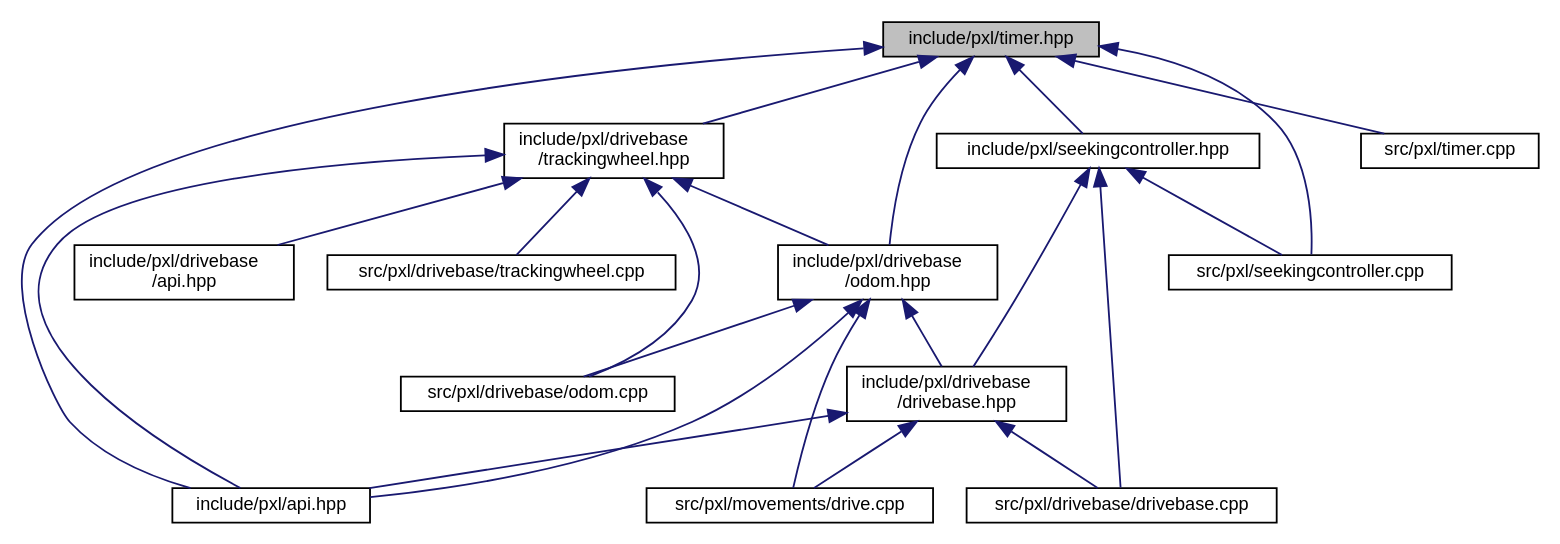
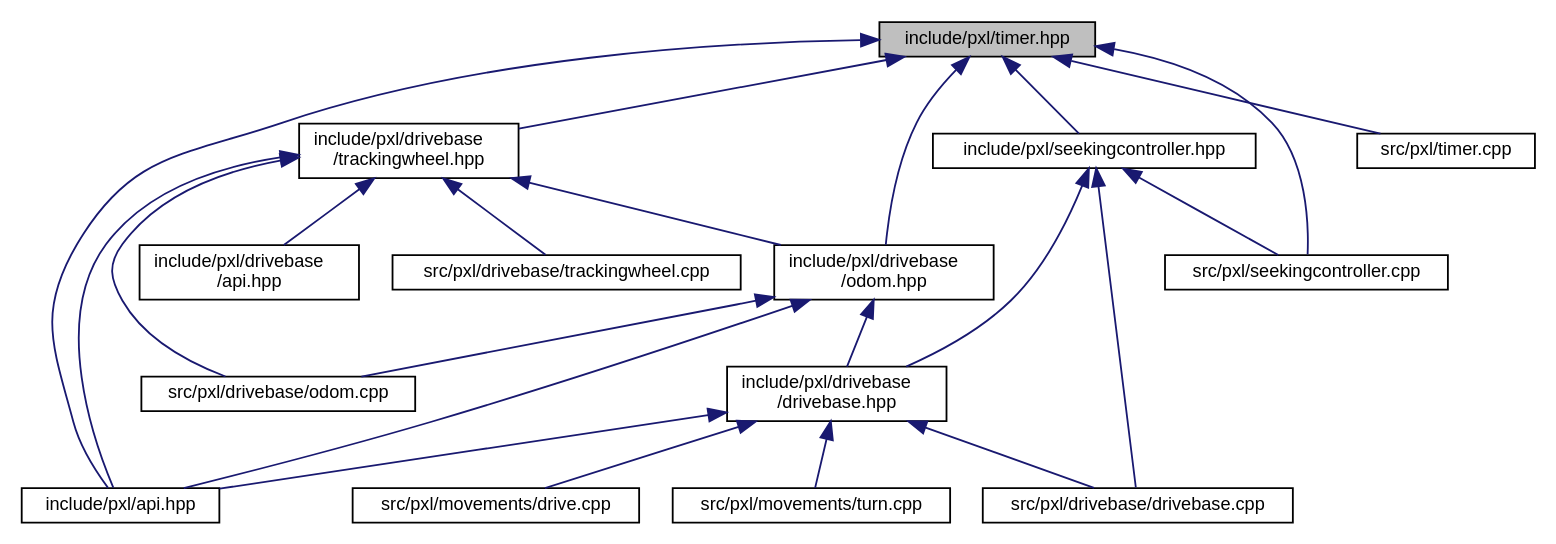
Before and after one commit to Pixel-Lib/Pixel: the diagram in timer_8hpp__dep__incl.dot, drawn with Graphviz. The commit also changed 232 other files, not shown here.

```diff
--- a/timer_8hpp__dep__incl.dot
+++ b/timer_8hpp__dep__incl.dot
@@ -1,40 +1,41 @@
 digraph "include/pxl/timer.hpp"
 {
  // LATEX_PDF_SIZE
   edge [fontname="Helvetica",fontsize="10",labelfontname="Helvetica",labelfontsize="10"];
   node [fontname="Helvetica",fontsize="10",shape=record];
   Node1 [label="include/pxl/timer.hpp",height=0.2,width=0.4,color="black", fillcolor="grey75", style="filled", fontcolor="black",tooltip=" "];
   Node1 -> Node2 [dir="back",color="midnightblue",fontsize="10",style="solid",fontname="Helvetica"];
   Node2 [label="include/pxl/api.hpp",height=0.2,width=0.4,color="black", fillcolor="white", style="filled",URL="$api_8hpp.html",tooltip=" "];
   Node1 -> Node3 [dir="back",color="midnightblue",fontsize="10",style="solid",fontname="Helvetica"];
   Node3 [label="include/pxl/drivebase\l/odom.hpp",height=0.2,width=0.4,color="black", fillcolor="white", style="filled",URL="$odom_8hpp.html",tooltip=" "];
   Node3 -> Node2 [dir="back",color="midnightblue",fontsize="10",style="solid",fontname="Helvetica"];
   Node3 -> Node4 [dir="back",color="midnightblue",fontsize="10",style="solid",fontname="Helvetica"];
   Node4 [label="include/pxl/drivebase\l/drivebase.hpp",height=0.2,width=0.4,color="black", fillcolor="white", style="filled",URL="$drivebase_8hpp.html",tooltip=" "];
   Node4 -> Node2 [dir="back",color="midnightblue",fontsize="10",style="solid",fontname="Helvetica"];
   Node4 -> Node5 [dir="back",color="midnightblue",fontsize="10",style="solid",fontname="Helvetica"];
   Node5 [label="src/pxl/drivebase/drivebase.cpp",height=0.2,width=0.4,color="black", fillcolor="white", style="filled",URL="$drivebase_8cpp.html",tooltip=" "];
   Node4 -> Node6 [dir="back",color="midnightblue",fontsize="10",style="solid",fontname="Helvetica"];
   Node6 [label="src/pxl/movements/drive.cpp",height=0.2,width=0.4,color="black", fillcolor="white", style="filled",URL="$drive_8cpp.html",tooltip=" "];
-  Node3 -> Node7 [dir="back",color="midnightblue",fontsize="10",style="solid",fontname="Helvetica"];
-  Node7 [label="src/pxl/drivebase/odom.cpp",height=0.2,width=0.4,color="black", fillcolor="white", style="filled",URL="$odom_8cpp.html",tooltip=" "];
-  Node3 -> Node6 [dir="back",color="midnightblue",fontsize="10",style="solid",fontname="Helvetica"];
-  Node1 -> Node8 [dir="back",color="midnightblue",fontsize="10",style="solid",fontname="Helvetica"];
-  Node8 [label="include/pxl/drivebase\l/trackingwheel.hpp",height=0.2,width=0.4,color="black", fillcolor="white", style="filled",URL="$trackingwheel_8hpp.html",tooltip=" "];
-  Node8 -> Node2 [dir="back",color="midnightblue",fontsize="10",style="solid",fontname="Helvetica"];
-  Node8 -> Node9 [dir="back",color="midnightblue",fontsize="10",style="solid",fontname="Helvetica"];
-  Node9 [label="include/pxl/drivebase\l/api.hpp",height=0.2,width=0.4,color="black", fillcolor="white", style="filled",URL="$drivebase_2api_8hpp.html",tooltip=" "];
-  Node8 -> Node3 [dir="back",color="midnightblue",fontsize="10",style="solid",fontname="Helvetica"];
-  Node8 -> Node7 [dir="back",color="midnightblue",fontsize="10",style="solid",fontname="Helvetica"];
-  Node8 -> Node10 [dir="back",color="midnightblue",fontsize="10",style="solid",fontname="Helvetica"];
-  Node10 [label="src/pxl/drivebase/trackingwheel.cpp",height=0.2,width=0.4,color="black", fillcolor="white", style="filled",URL="$trackingwheel_8cpp.html",tooltip=" "];
-  Node1 -> Node11 [dir="back",color="midnightblue",fontsize="10",style="solid",fontname="Helvetica"];
-  Node11 [label="include/pxl/seekingcontroller.hpp",height=0.2,width=0.4,color="black", fillcolor="white", style="filled",URL="$seekingcontroller_8hpp.html",tooltip=" "];
-  Node11 -> Node4 [dir="back",color="midnightblue",fontsize="10",style="solid",fontname="Helvetica"];
-  Node11 -> Node5 [dir="back",color="midnightblue",fontsize="10",style="solid",fontname="Helvetica"];
-  Node11 -> Node12 [dir="back",color="midnightblue",fontsize="10",style="solid",fontname="Helvetica"];
-  Node12 [label="src/pxl/seekingcontroller.cpp",height=0.2,width=0.4,color="black", fillcolor="white", style="filled",URL="$seekingcontroller_8cpp.html",tooltip=" "];
+  Node4 -> Node7 [dir="back",color="midnightblue",fontsize="10",style="solid",fontname="Helvetica"];
+  Node7 [label="src/pxl/movements/turn.cpp",height=0.2,width=0.4,color="black", fillcolor="white", style="filled",URL="$turn_8cpp.html",tooltip=" "];
+  Node3 -> Node8 [dir="back",color="midnightblue",fontsize="10",style="solid",fontname="Helvetica"];
+  Node8 [label="src/pxl/drivebase/odom.cpp",height=0.2,width=0.4,color="black", fillcolor="white", style="filled",URL="$odom_8cpp.html",tooltip=" "];
+  Node1 -> Node9 [dir="back",color="midnightblue",fontsize="10",style="solid",fontname="Helvetica"];
+  Node9 [label="include/pxl/drivebase\l/trackingwheel.hpp",height=0.2,width=0.4,color="black", fillcolor="white", style="filled",URL="$trackingwheel_8hpp.html",tooltip=" "];
+  Node9 -> Node2 [dir="back",color="midnightblue",fontsize="10",style="solid",fontname="Helvetica"];
+  Node9 -> Node10 [dir="back",color="midnightblue",fontsize="10",style="solid",fontname="Helvetica"];
+  Node10 [label="include/pxl/drivebase\l/api.hpp",height=0.2,width=0.4,color="black", fillcolor="white", style="filled",URL="$drivebase_2api_8hpp.html",tooltip=" "];
+  Node9 -> Node3 [dir="back",color="midnightblue",fontsize="10",style="solid",fontname="Helvetica"];
+  Node9 -> Node8 [dir="back",color="midnightblue",fontsize="10",style="solid",fontname="Helvetica"];
+  Node9 -> Node11 [dir="back",color="midnightblue",fontsize="10",style="solid",fontname="Helvetica"];
+  Node11 [label="src/pxl/drivebase/trackingwheel.cpp",height=0.2,width=0.4,color="black", fillcolor="white", style="filled",URL="$trackingwheel_8cpp.html",tooltip=" "];
   Node1 -> Node12 [dir="back",color="midnightblue",fontsize="10",style="solid",fontname="Helvetica"];
+  Node12 [label="include/pxl/seekingcontroller.hpp",height=0.2,width=0.4,color="black", fillcolor="white", style="filled",URL="$seekingcontroller_8hpp.html",tooltip=" "];
+  Node12 -> Node4 [dir="back",color="midnightblue",fontsize="10",style="solid",fontname="Helvetica"];
+  Node12 -> Node5 [dir="back",color="midnightblue",fontsize="10",style="solid",fontname="Helvetica"];
+  Node12 -> Node13 [dir="back",color="midnightblue",fontsize="10",style="solid",fontname="Helvetica"];
+  Node13 [label="src/pxl/seekingcontroller.cpp",height=0.2,width=0.4,color="black", fillcolor="white", style="filled",URL="$seekingcontroller_8cpp.html",tooltip=" "];
   Node1 -> Node13 [dir="back",color="midnightblue",fontsize="10",style="solid",fontname="Helvetica"];
-  Node13 [label="src/pxl/timer.cpp",height=0.2,width=0.4,color="black", fillcolor="white", style="filled",URL="$timer_8cpp.html",tooltip=" "];
+  Node1 -> Node14 [dir="back",color="midnightblue",fontsize="10",style="solid",fontname="Helvetica"];
+  Node14 [label="src/pxl/timer.cpp",height=0.2,width=0.4,color="black", fillcolor="white", style="filled",URL="$timer_8cpp.html",tooltip=" "];
 }
```
